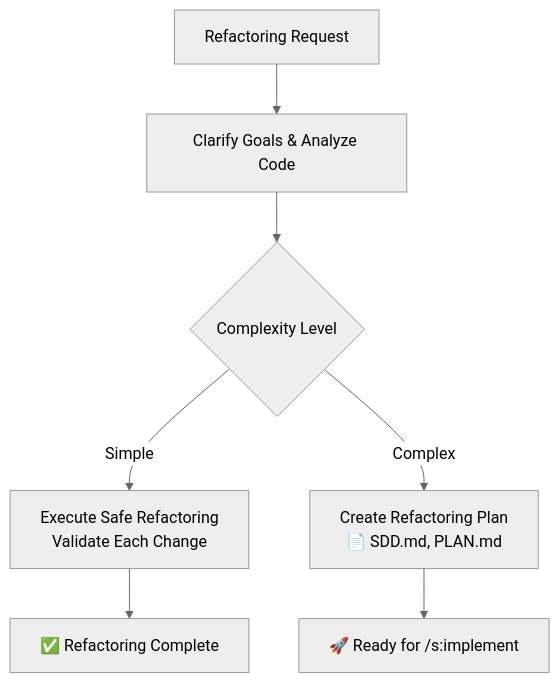
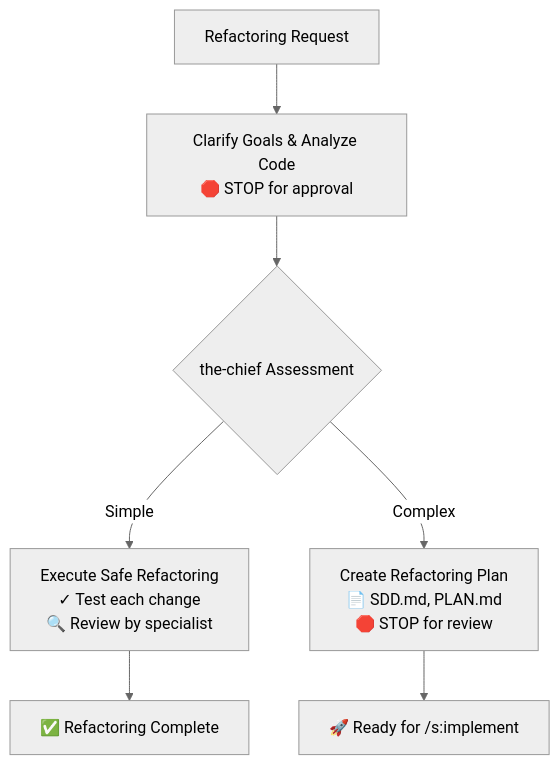
Before and after one commit to rsmdt/the-startup: the third of 3 diagrams in README.md, drawn with Mermaid (neutral theme). The commit also changed other lines of this file, not shown here.

````diff
--- a/README.md
+++ b/README.md
@@ -185,10 +264,10 @@
 ```mermaid
 flowchart TD
-    A[Refactoring Request] --> B[Clarify Goals & Analyze Code]
-    B --> C{Complexity Level}
-    C -->|Simple| D[Execute Safe Refactoring<br/>Validate Each Change]
-    C -->|Complex| E[Create Refactoring Plan<br/>📄 SDD.md, PLAN.md]
+    A[Refactoring Request] --> B[Clarify Goals & Analyze Code<br/>🛑 STOP for approval]
+    B --> C{the-chief Assessment}
+    C -->|Simple| D[Execute Safe Refactoring<br/>✓ Test each change<br/>🔍 Review by specialist]
+    C -->|Complex| E[Create Refactoring Plan<br/>📄 SDD.md, PLAN.md<br/>🛑 STOP for review]
     
     D --> F[✅ Refactoring Complete]
     E --> G[🚀 Ready for /s:implement]
 ```
````
